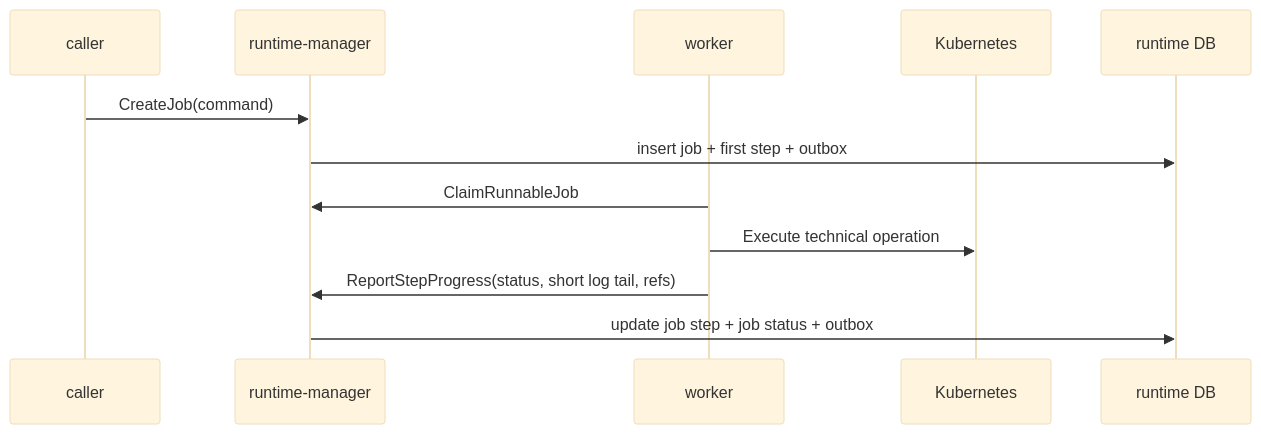
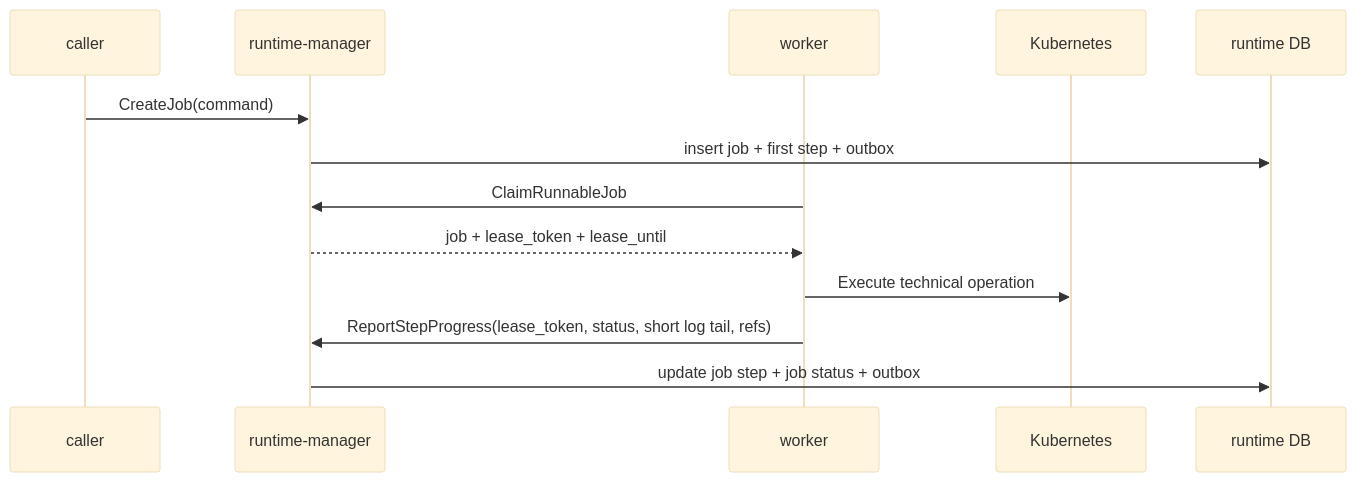
One commit to codex-k8s/kodex changed the second of 3 diagrams in docs/domains/runtime-and-fleet/architecture/design.md. Above: the diagram before and after it, drawn with Mermaid (base theme). The commit also changed other lines of this file and 4 other files, not shown here.

````diff
--- a/docs/domains/runtime-and-fleet/architecture/design.md
+++ b/docs/domains/runtime-and-fleet/architecture/design.md
@@ -95,14 +95,15 @@
 ```mermaid
 sequenceDiagram
   participant C as caller
   participant R as runtime-manager
   participant W as worker
   participant K as Kubernetes
   participant DB as runtime DB
   C->>R: CreateJob(command)
   R->>DB: insert job + first step + outbox
   W->>R: ClaimRunnableJob
+  R-->>W: job + lease_token + lease_until
   W->>K: Execute technical operation
-  W->>R: ReportStepProgress(status, short log tail, refs)
+  W->>R: ReportStepProgress(lease_token, status, short log tail, refs)
   R->>DB: update job step + job status + outbox
 ```
````
